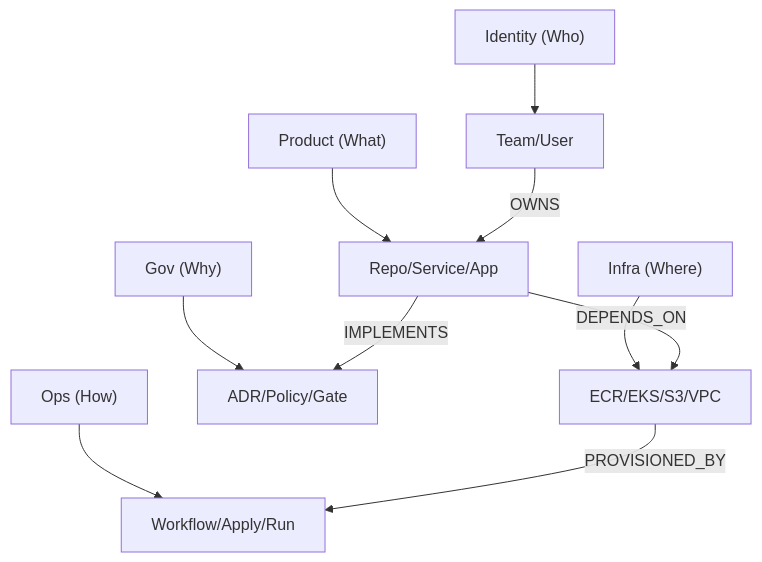
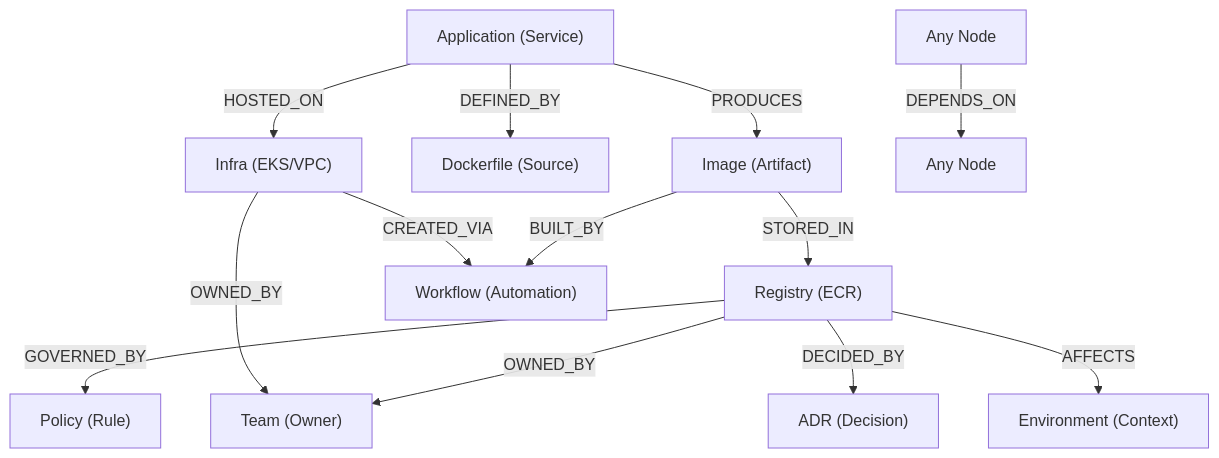
One commit to mikeybeezy/goldenpath-idp-infra changed the diagram in docs/adrs/ADR-0110-idp-knowledge-graph-architecture.md. Above: the diagram before and after it, drawn with Mermaid. The commit also changed other lines of this file, not shown here.

Commit message:
docs: finalize relationship model in ADR-0110

````diff
--- a/docs/adrs/ADR-0110-idp-knowledge-graph-architecture.md
+++ b/docs/adrs/ADR-0110-idp-knowledge-graph-architecture.md
@@ -22,13 +22,26 @@
 ```mermaid
 graph TD
-    A["Identity (Who)"] --> B["Team/User"]
-    C["Product (What)"] --> D["Repo/Service/App"]
-    E["Infra (Where)"] --> F["ECR/EKS/S3/VPC"]
-    G["Gov (Why)"] --> H["ADR/Policy/Gate"]
-    I["Ops (How)"] --> J["Workflow/Apply/Run"]
-    
-    B -- OWNS --> D
-    D -- DEPENDS_ON --> F
-    D -- IMPLEMENTS --> H
-    F -- PROVISIONED_BY --> J
+    Registry["Registry (ECR)"]
+    App["Application (Service)"]
+    Infra["Infra (EKS/VPC)"]
+    DF["Dockerfile (Source)"]
+    Img["Image (Artifact)"]
+    Workflow["Workflow (Automation)"]
+    Env["Environment (Context)"]
+    Team["Team (Owner)"]
+    ADR["ADR (Decision)"]
+    Policy["Policy (Rule)"]
+
+    App -- DEFINED_BY --> DF
+    App -- PRODUCES --> Img
+    App -- HOSTED_ON --> Infra
+    Img -- STORED_IN --> Registry
+    Img -- BUILT_BY --> Workflow
+    Registry -- OWNED_BY --> Team
+    Registry -- GOVERNED_BY --> Policy
+    Registry -- DECIDED_BY --> ADR
+    Registry -- AFFECTS --> Env
+    Infra -- OWNED_BY --> Team
+    Infra -- CREATED_VIA --> Workflow
+    any["Any Node"] -- DEPENDS_ON --> any2["Any Node"]
 ```
````
